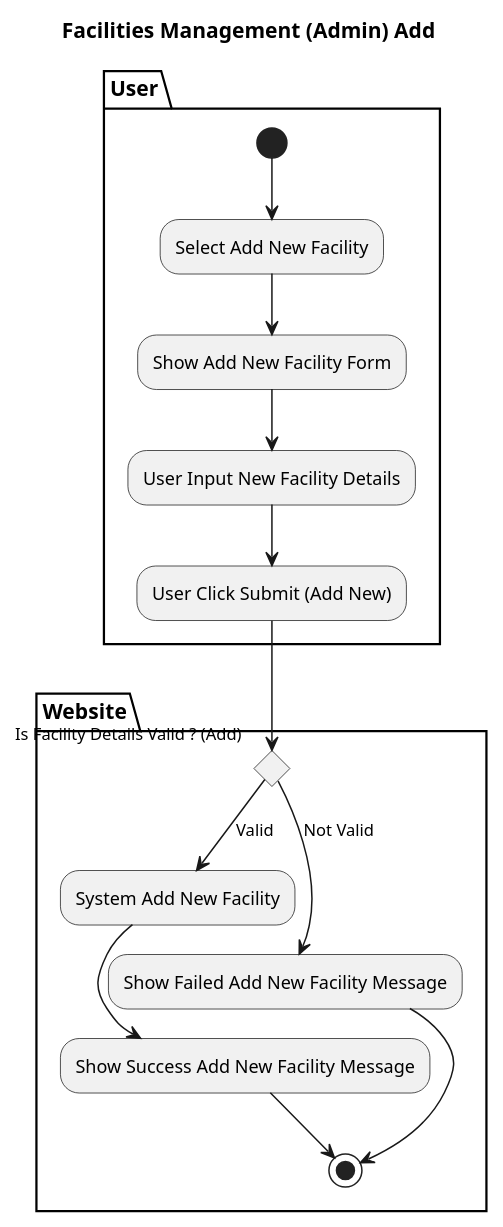
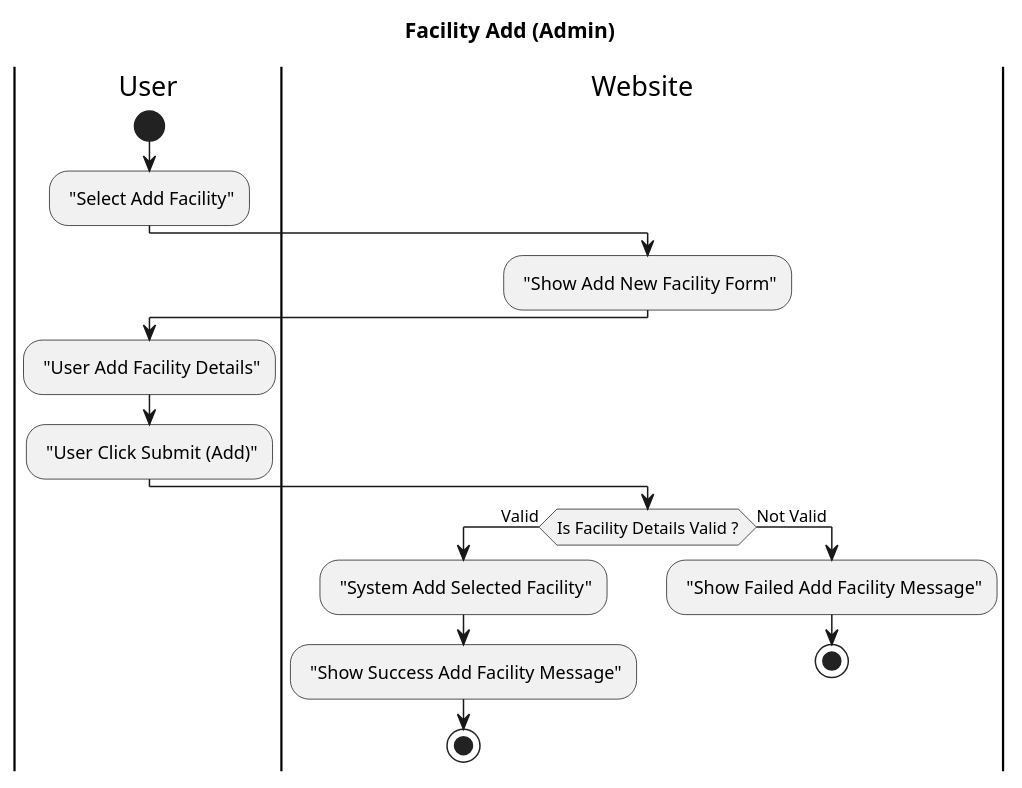
Before and after one commit to AntWort21/BHFMS: the diagram in Design/BHFMS_ACTIVITY/Facilities Management (Admin) Add.puml, drawn with PlantUML. The commit also changed 9 other files, not shown here.

Commit message:
Update all Activity Diagram w/ Swimlane

```diff
--- a/Design/BHFMS_ACTIVITY/Facilities Management (Admin) Add.puml
+++ b/Design/BHFMS_ACTIVITY/Facilities Management (Admin) Add.puml
@@ -1,19 +1,20 @@
 @startuml
-title Facilities Management (Admin) Add
-partition User {
-(*) --> "Select Add New Facility"
-    --> "Show Add New Facility Form"
-    --> "User Input New Facility Details"
-    --> "User Click Submit (Add New)"
-}
+title Facility Add (Admin)
+|User|
+start 
+    : "Select Add Facility";
+|Website|
+    : "Show Add New Facility Form";
+|User|
+    : "User Add Facility Details";
+    : "User Click Submit (Add)";
 
-partition Website {
-    "User Click Submit (Add New)" --> If "Is Facility Details Valid ? (Add)" then
-        --> [Valid] "System Add New Facility"
-        --> "Show Success Add New Facility Message"
-        -->(*)
-        else
-        --> [Not Valid] "Show Failed Add New Facility Message"
-        --> (*)
-}
+|Website|
+    if (Is Facility Details Valid ?) is (Valid) then
+        : "System Add Selected Facility";
+        : "Show Success Add Facility Message";
+        stop
+        else (Not Valid)
+        : "Show Failed Add Facility Message";
+        stop
 @enduml
```
